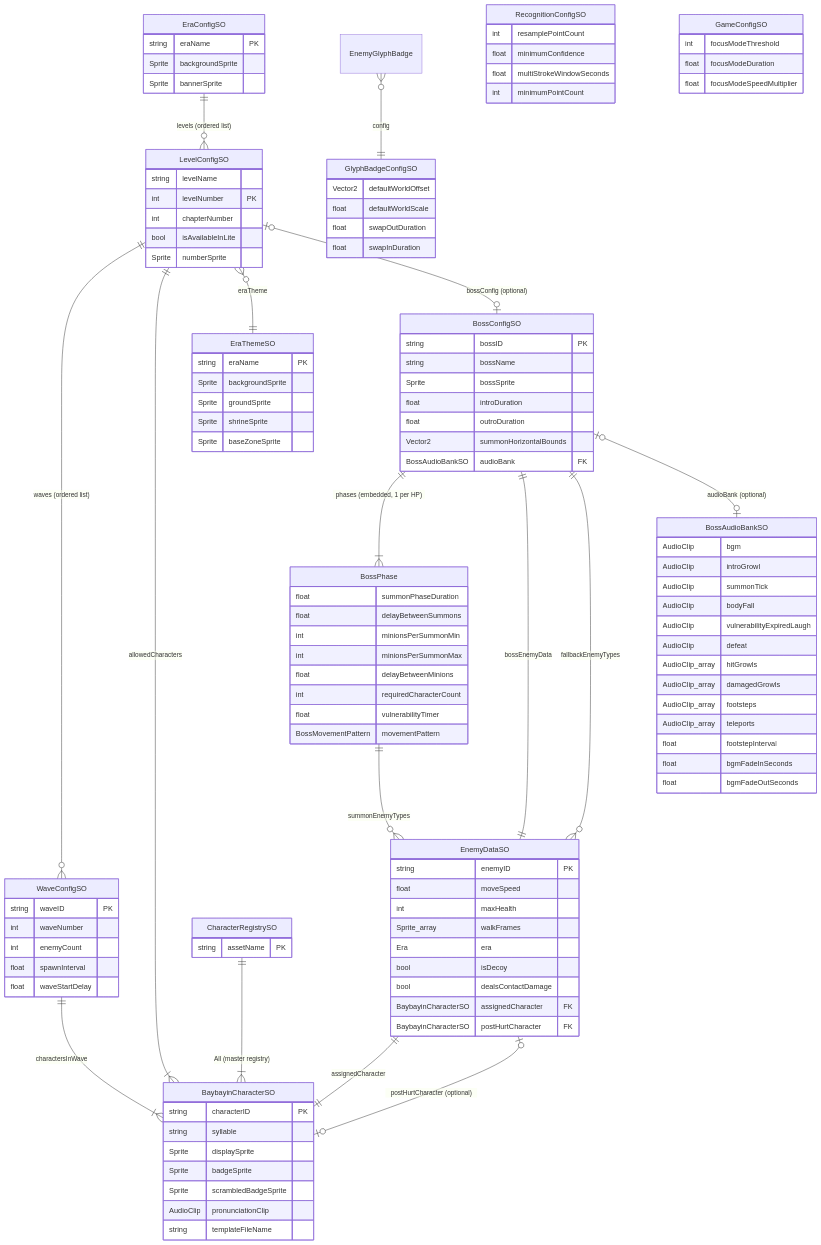
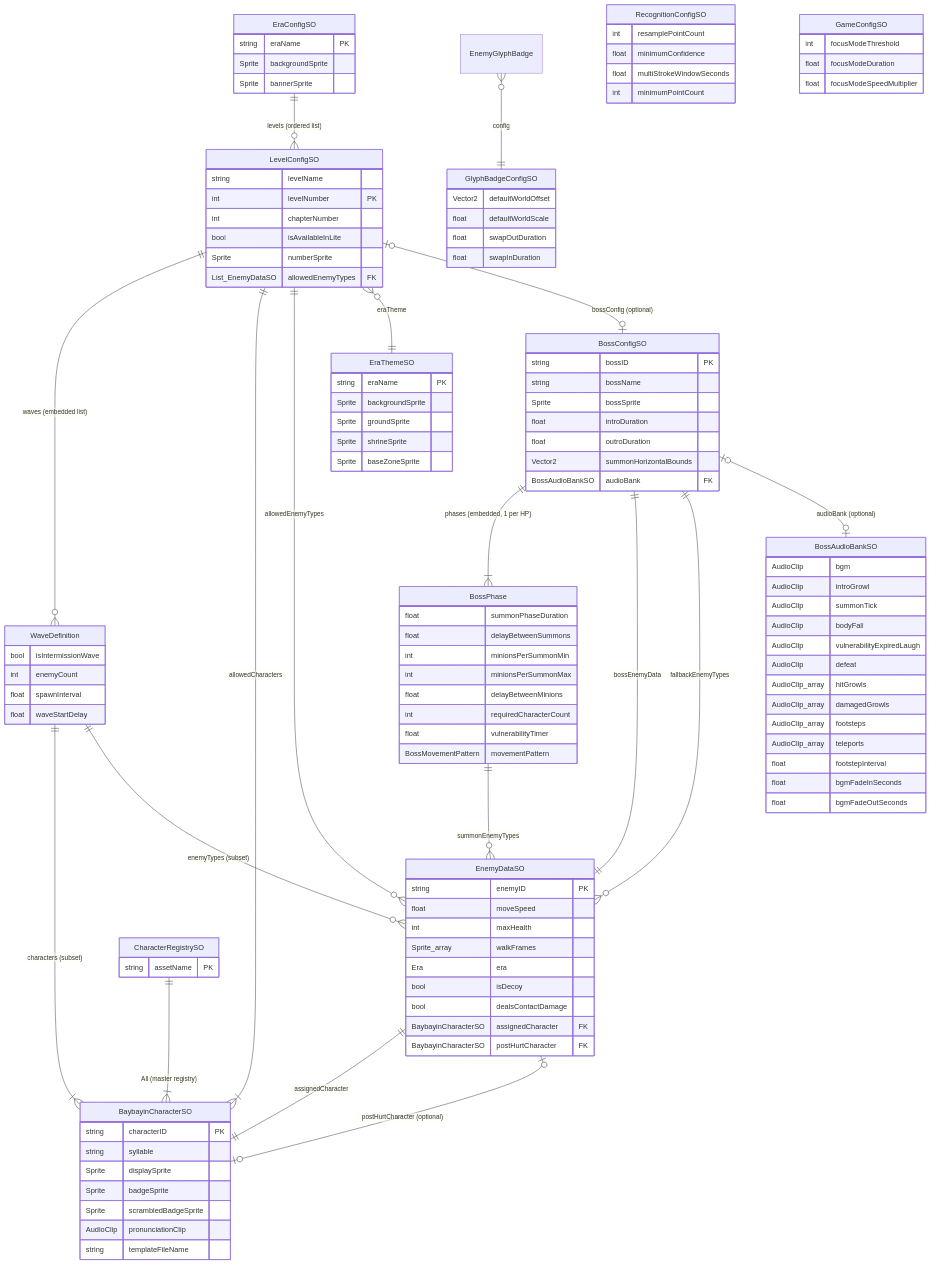
One commit to chdean-09/salinlahi changed the first of 5 diagrams in docs/capstone/SystemDiagrams.md. Above: the diagram before and after it, drawn with Mermaid. The commit also changed other lines of this file and 4 other files, not shown here.

Commit message:
docs: SALIN-109 sync wave-config data contracts and diagrams

````diff
--- a/docs/capstone/SystemDiagrams.md
+++ b/docs/capstone/SystemDiagrams.md
@@ -27,12 +27,14 @@
 ```mermaid
 erDiagram
-    LevelConfigSO ||--o{ WaveConfigSO : "waves (ordered list)"
+    LevelConfigSO ||--o{ WaveDefinition : "waves (embedded list)"
     LevelConfigSO ||--|{ BaybayinCharacterSO : "allowedCharacters"
+    LevelConfigSO ||--o{ EnemyDataSO : "allowedEnemyTypes"
     LevelConfigSO }o--|| EraThemeSO : "eraTheme"
     LevelConfigSO |o--o| BossConfigSO : "bossConfig (optional)"
     EraConfigSO ||--o{ LevelConfigSO : "levels (ordered list)"
 
-    WaveConfigSO ||--|{ BaybayinCharacterSO : "charactersInWave"
+    WaveDefinition ||--|{ BaybayinCharacterSO : "characters (subset)"
+    WaveDefinition ||--o{ EnemyDataSO : "enemyTypes (subset)"
 
     EnemyDataSO ||--|| BaybayinCharacterSO : "assignedCharacter"
     EnemyDataSO |o--o| BaybayinCharacterSO : "postHurtCharacter (optional)"
@@ -77,9 +79,8 @@
         BaybayinCharacterSO postHurtCharacter FK
     }
 
-    WaveConfigSO {
-        string waveID PK
-        int waveNumber
+    WaveDefinition {
+        bool isIntermissionWave
         int enemyCount
         float spawnInterval
         float waveStartDelay
@@ -91,6 +92,7 @@
         int chapterNumber
         bool isAvailableInLite
         Sprite numberSprite
+        List_EnemyDataSO allowedEnemyTypes FK
     }
 
     BossConfigSO {
````
